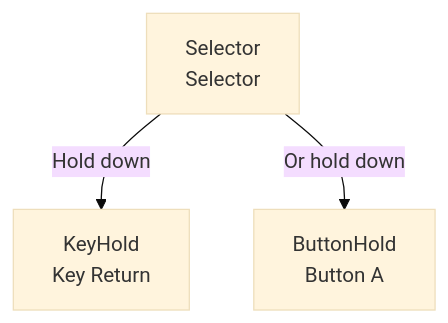
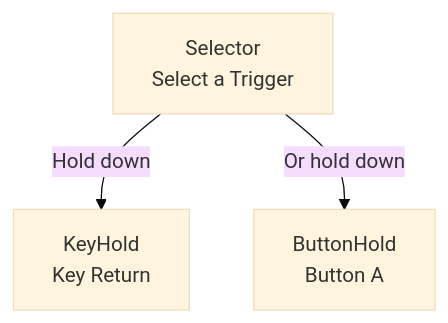
One commit to IppClub/Dora-SSR changed the third of 3 diagrams in Docs/docs/tutorial/51.Using Input/2.using-enhanced-input.mdx. Above: the diagram before and after it, drawn with Mermaid (base theme). The commit also changed 1 other file, not shown here.

Commit message:
Fixed docs. [skip CI]

````diff
--- a/Docs/docs/tutorial/51.Using Input/2.using-enhanced-input.mdx
+++ b/Docs/docs/tutorial/51.Using Input/2.using-enhanced-input.mdx
@@ -126,5 +126,5 @@
 ```mermaid
 graph TD
-	A[Selector<br>Selector] -->|Hold down| B[KeyHold<br>Key Return]
+	A[Selector<br>Select a Trigger] -->|Hold down| B[KeyHold<br>Key Return]
 	A -->|Or hold down| C[ButtonHold<br>Button A]
 ```
````
